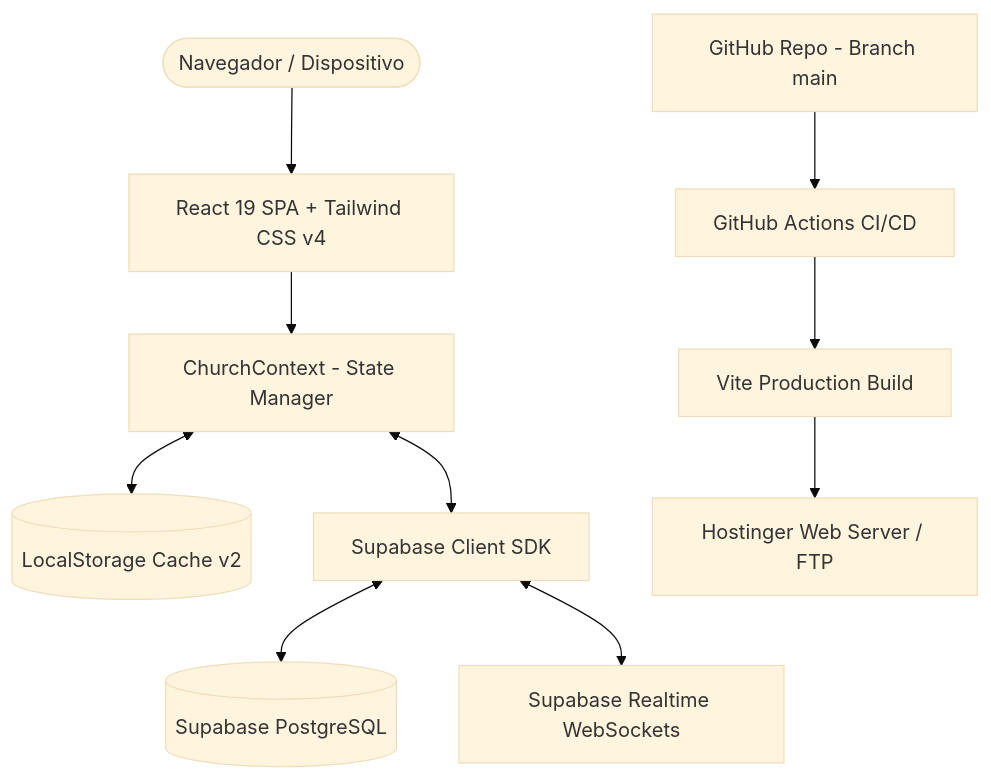
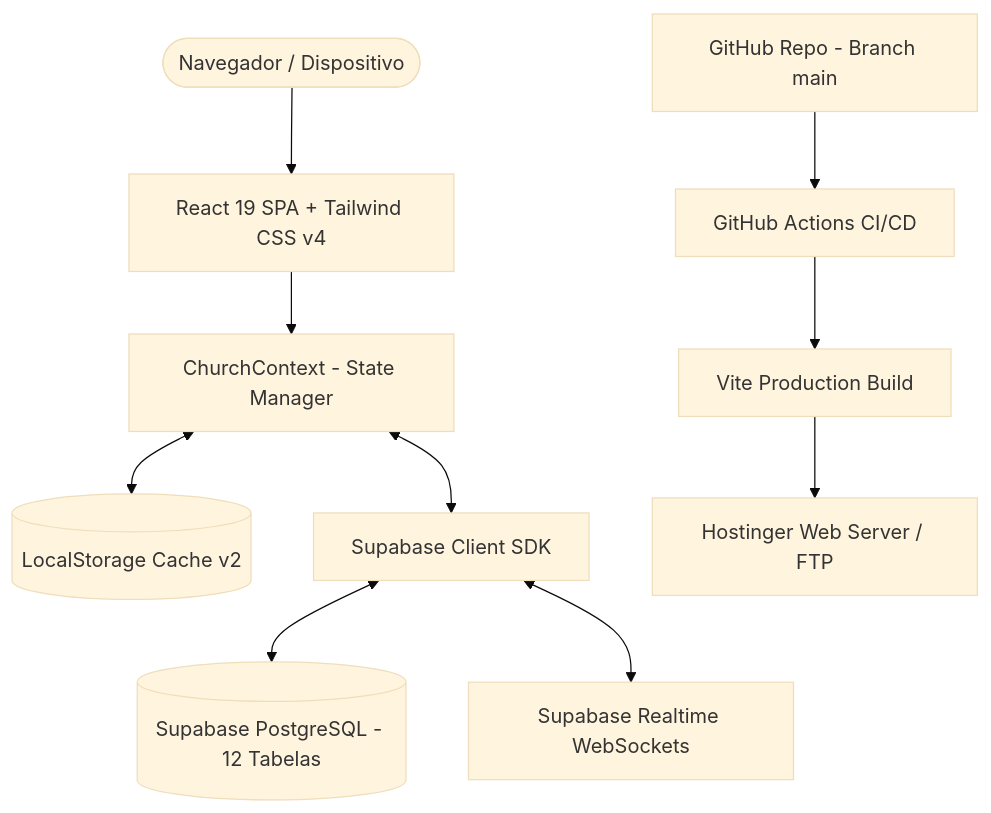
The diagram in DOCUMENTACAO_TECNICA.md (SidneyMaximo/igrejaobpcriolargo), drawn with Mermaid (base theme) before and after one commit. The commit also changed other lines of this file and 1 other file, not shown here.

Commit message:
docs: atualizar documentacao tecnica e README com 12 tabelas, modulo de departamentos e persistencia supabase

````diff
--- a/DOCUMENTACAO_TECNICA.md
+++ b/DOCUMENTACAO_TECNICA.md
@@ -11,12 +11,12 @@
 ```mermaid
 graph TD
     User([Navegador / Dispositivo]) --> App[React 19 SPA + Tailwind CSS v4]
     App --> Context[ChurchContext - State Manager]
     Context <--> LocalStorage[(LocalStorage Cache v2)]
     Context <--> SupabaseService[Supabase Client SDK]
-    SupabaseService <--> PostgreDB[(Supabase PostgreSQL)]
+    SupabaseService <--> PostgreDB[(Supabase PostgreSQL - 12 Tabelas)]
     SupabaseService <--> Realtime[Supabase Realtime WebSockets]
     GitHub[GitHub Repo - Branch main] --> Actions[GitHub Actions CI/CD]
     Actions --> Build[Vite Production Build]
     Build --> HostingerFTP[Hostinger Web Server / FTP]
 ```
````
